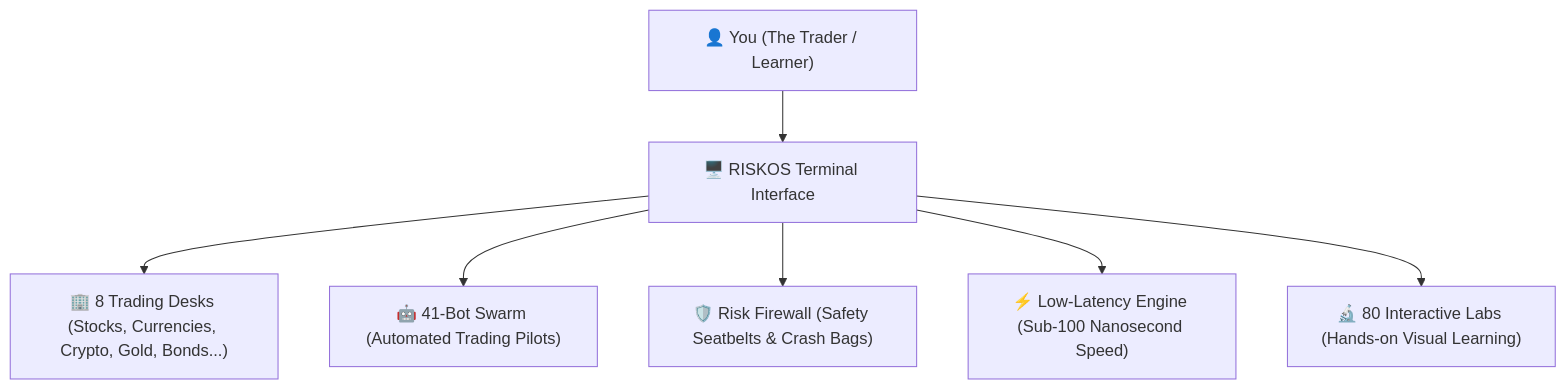
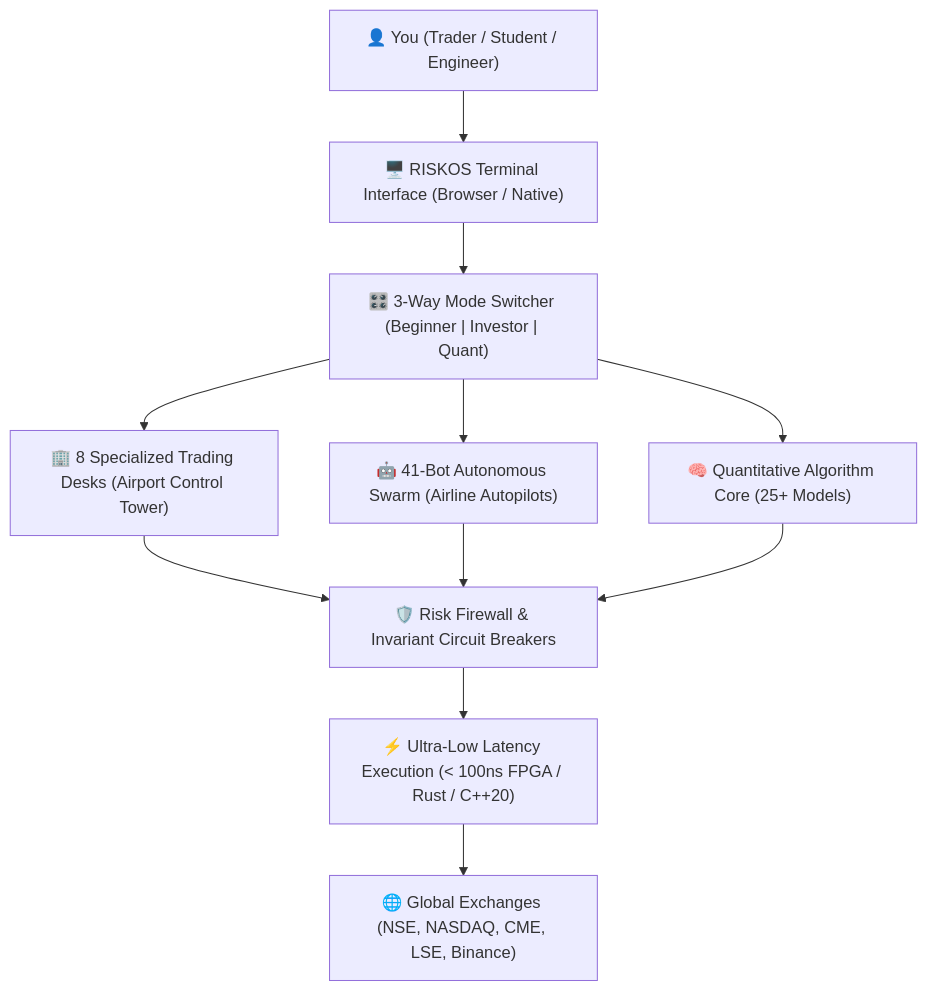
Before and after one commit to Premchandyadav369/RISKOS: the first of 6 diagrams in README.md, drawn with Mermaid. The commit also changed other lines of this file, not shown here.

Commit message:
docs(readme): expand layman & beginner mode with end-to-end algorithm guides, concrete rupee scenarios, and deep analogies

````diff
--- a/README.md
+++ b/README.md
@@ -45,9 +45,15 @@
 ```mermaid
 flowchart TD
-    A["👤 You (The Trader / Learner)"] --> B["🖥️ RISKOS Terminal Interface"]
-    B --> C["🏢 8 Trading Desks (Stocks, Currencies, Crypto, Gold, Bonds...)"]
-    B --> D["🤖 41-Bot Swarm (Automated Trading Pilots)"]
-    B --> E["🛡️ Risk Firewall (Safety Seatbelts & Crash Bags)"]
-    B --> F["⚡ Low-Latency Engine (Sub-100 Nanosecond Speed)"]
-    B --> G["🔬 80 Interactive Labs (Hands-on Visual Learning)"]
+    User["👤 You (Trader / Student / Engineer)"] --> Interface["🖥️ RISKOS Terminal Interface (Browser / Native)"]
+    Interface --> ModeSwitch["🎛️ 3-Way Mode Switcher (Beginner | Investor | Quant)"]
+    ModeSwitch --> Desks["🏢 8 Specialized Trading Desks (Airport Control Tower)"]
+    ModeSwitch --> BotFleet["🤖 41-Bot Autonomous Swarm (Airline Autopilots)"]
+    ModeSwitch --> AlgoCore["🧠 Quantitative Algorithm Core (25+ Models)"]
+    
+    Desks --> RiskGate["🛡️ Risk Firewall & Invariant Circuit Breakers"]
+    BotFleet --> RiskGate
+    AlgoCore --> RiskGate
+    
+    RiskGate --> FastPipes["⚡ Ultra-Low Latency Execution (< 100ns FPGA / Rust / C++20)"]
+    FastPipes --> Markets["🌐 Global Exchanges (NSE, NASDAQ, CME, LSE, Binance)"]
 ```
````
